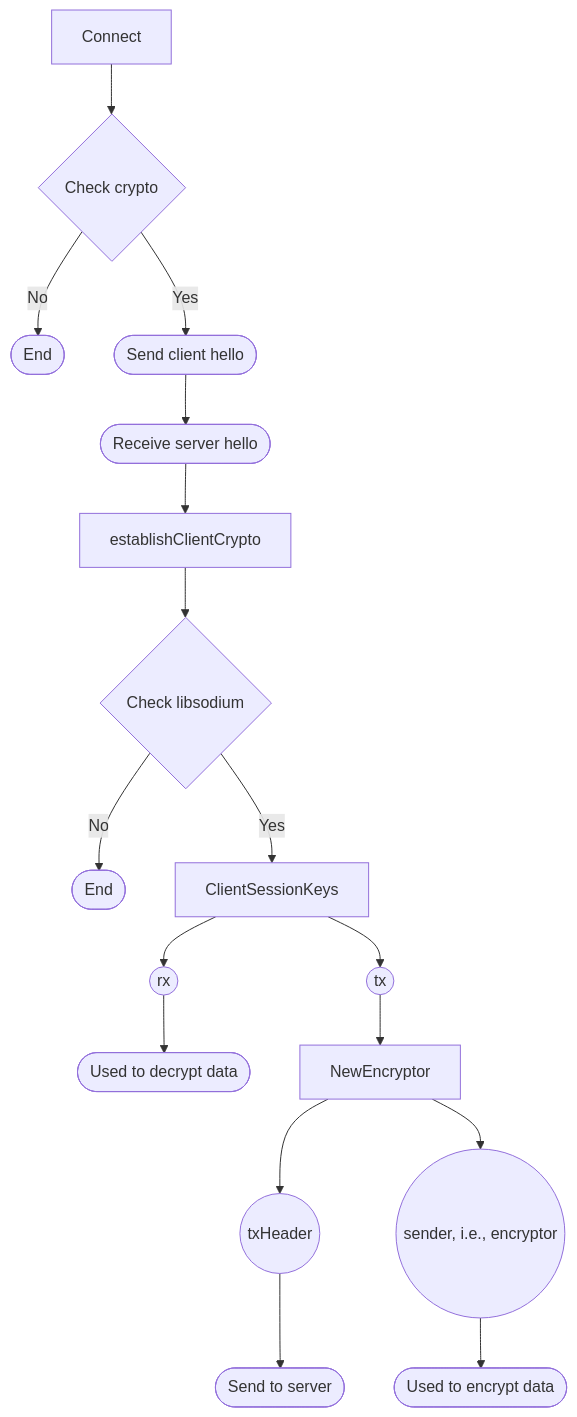
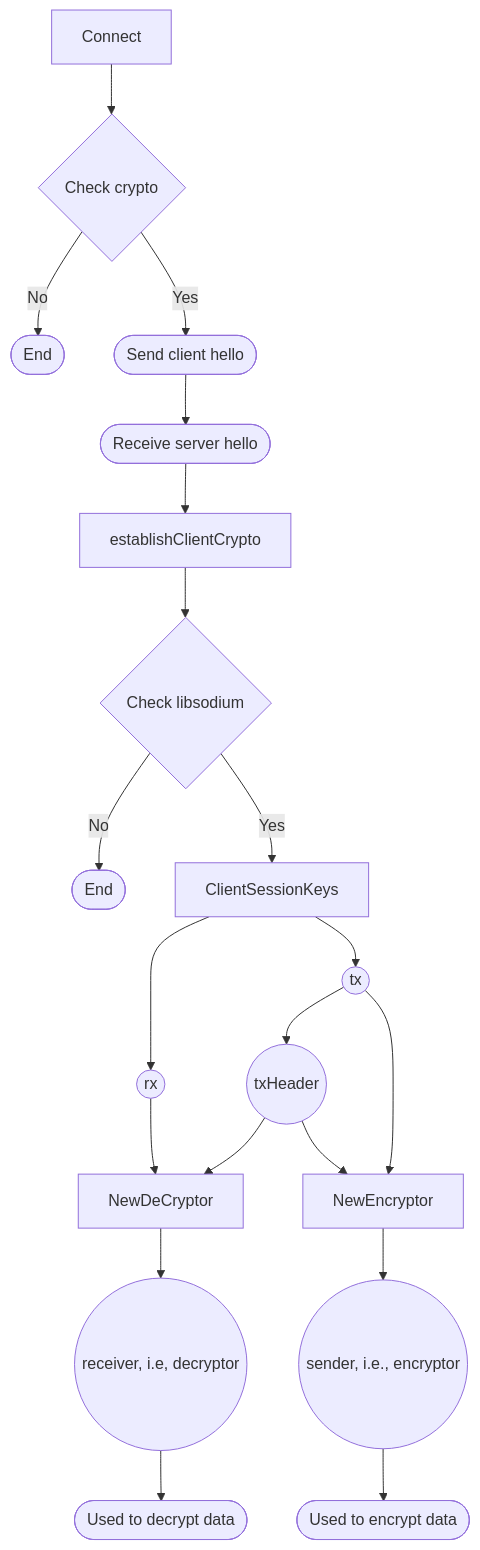
Before and after one commit to Alonza0314/SSL-TLS-OpenZiti-Encryption-Study: the diagram in ziti/README.md, drawn with Mermaid. The commit also changed other lines of this file and 4 other files, not shown here.

````diff
--- a/ziti/README.md
+++ b/ziti/README.md
@@ -9,37 +9,41 @@
 ```mermaid
     graph TD
         A[Connect]
         B{Check crypto}
         C([End])
         D([Send client hello])
         E([Receive server hello])
         F[establishClientCrypto]
         G{Check libsodium}
         H([End])
         I[ClientSessionKeys]
         J((rx))
         K((tx))
-        L([Used to decrypt data])
+        L[NewDeCryptor]
         M[NewEncryptor]
         N((txHeader))
         O((sender, i.e., encryptor))
-        P([Send to server])
-        Q([Used to encrypt data])
+        P([Used to encrypt data])
+        Q((receiver, i.e, decryptor))
+        R([Used to decrypt data])
 
         A --> B
         B -- No --> C
         B -- Yes --> D
         D --> E
         E --> F
         F --> G
         G -- No --> H
         G -- Yes --> I
         I --> J
         I --> K
         J --> L
+        K --> N
         K --> M
-        M --> N
+        N --> L
+        N --> M
         M --> O
-        N --> P
-        O --> Q
+        O --> P
+        L --> Q
+        Q --> R
 ```
````
